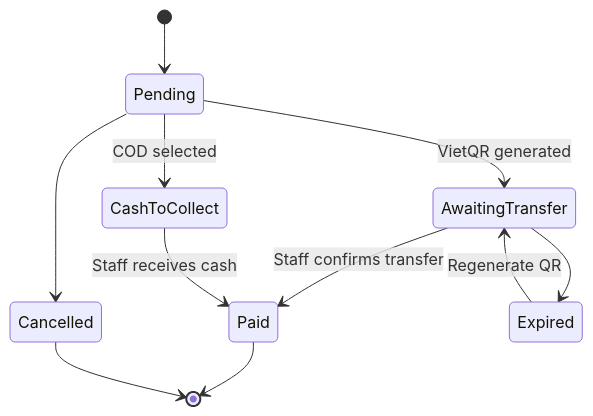
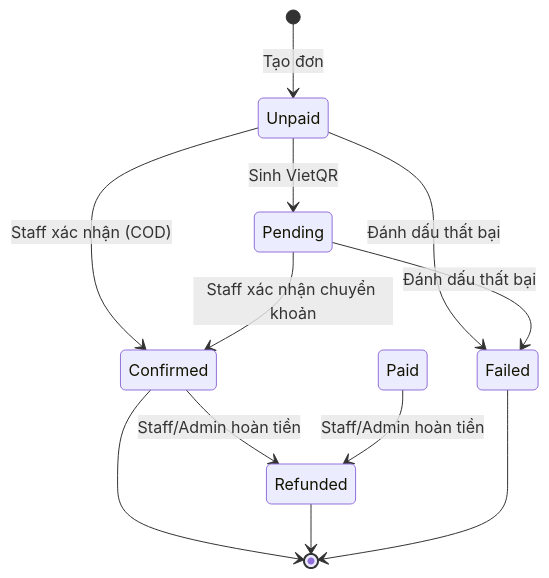
One commit to Anpham120/restaurant-qr-ai-ordering changed the eighth of 13 diagrams in docs/BA_SA_SYSTEM_DESIGN.md. Above: the diagram before and after it, drawn with Mermaid. The commit also changed other lines of this file and 200 other files, not shown here.

````diff
--- a/docs/BA_SA_SYSTEM_DESIGN.md
+++ b/docs/BA_SA_SYSTEM_DESIGN.md
@@ -228,13 +238,14 @@
 ```mermaid
 stateDiagram-v2
-    [*] --> Pending
-    Pending --> AwaitingTransfer: VietQR generated
-    Pending --> CashToCollect: COD selected
-    AwaitingTransfer --> Paid: Staff confirms transfer
-    CashToCollect --> Paid: Staff receives cash
-    Pending --> Cancelled
-    AwaitingTransfer --> Expired
-    Expired --> AwaitingTransfer: Regenerate QR
-    Paid --> [*]
-    Cancelled --> [*]
+    [*] --> Unpaid: Tạo đơn
+    Unpaid --> Pending: Sinh VietQR
+    Unpaid --> Confirmed: Staff xác nhận (COD)
+    Pending --> Confirmed: Staff xác nhận chuyển khoản
+    Unpaid --> Failed: Đánh dấu thất bại
+    Pending --> Failed: Đánh dấu thất bại
+    Confirmed --> Refunded: Staff/Admin hoàn tiền
+    Paid --> Refunded: Staff/Admin hoàn tiền
+    Confirmed --> [*]
+    Refunded --> [*]
+    Failed --> [*]
 ```
````
